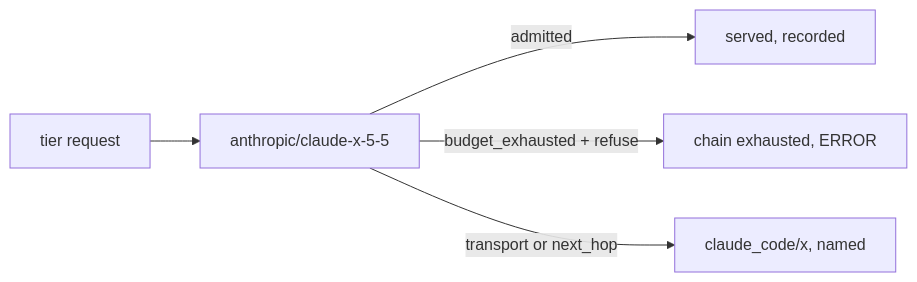
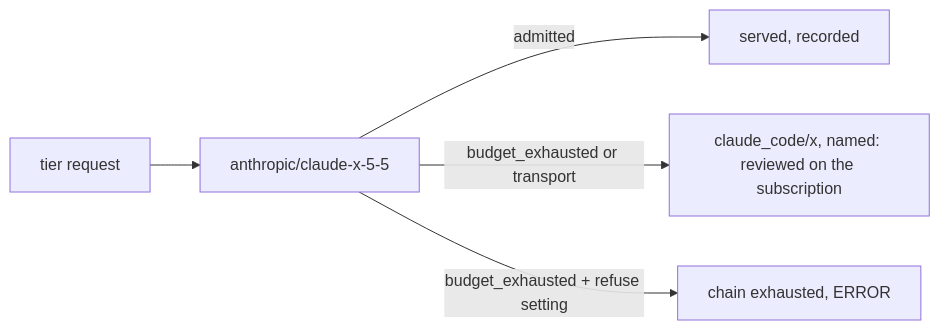
One commit to repoachhq/repoach changed the diagram in docs/specs/2026-11-15_SP-REVIEW-CHAINS-ANTHROPIC-FIRST_review-chains-lead-with-the-metered-api.md. Above: the diagram before and after it, drawn with Mermaid. The commit also changed other lines of this file and 8 other files, not shown here.

````diff
--- a/docs/specs/2026-11-15_SP-REVIEW-CHAINS-ANTHROPIC-FIRST_review-chains-lead-with-the-metered-api.md
+++ b/docs/specs/2026-11-15_SP-REVIEW-CHAINS-ANTHROPIC-FIRST_review-chains-lead-with-the-metered-api.md
@@ -147,7 +149,7 @@
 ```mermaid
 flowchart LR
     T[tier request] --> A[anthropic/claude-x-5-5]
     A -->|admitted| S[served, recorded]
-    A -->|budget_exhausted + refuse| X[chain exhausted, ERROR]
-    A -->|transport or next_hop| C[claude_code/x, named]
+    A -->|budget_exhausted or transport| C[claude_code/x, named: reviewed on the subscription]
+    A -->|budget_exhausted + refuse setting| X[chain exhausted, ERROR]
 ```
````
